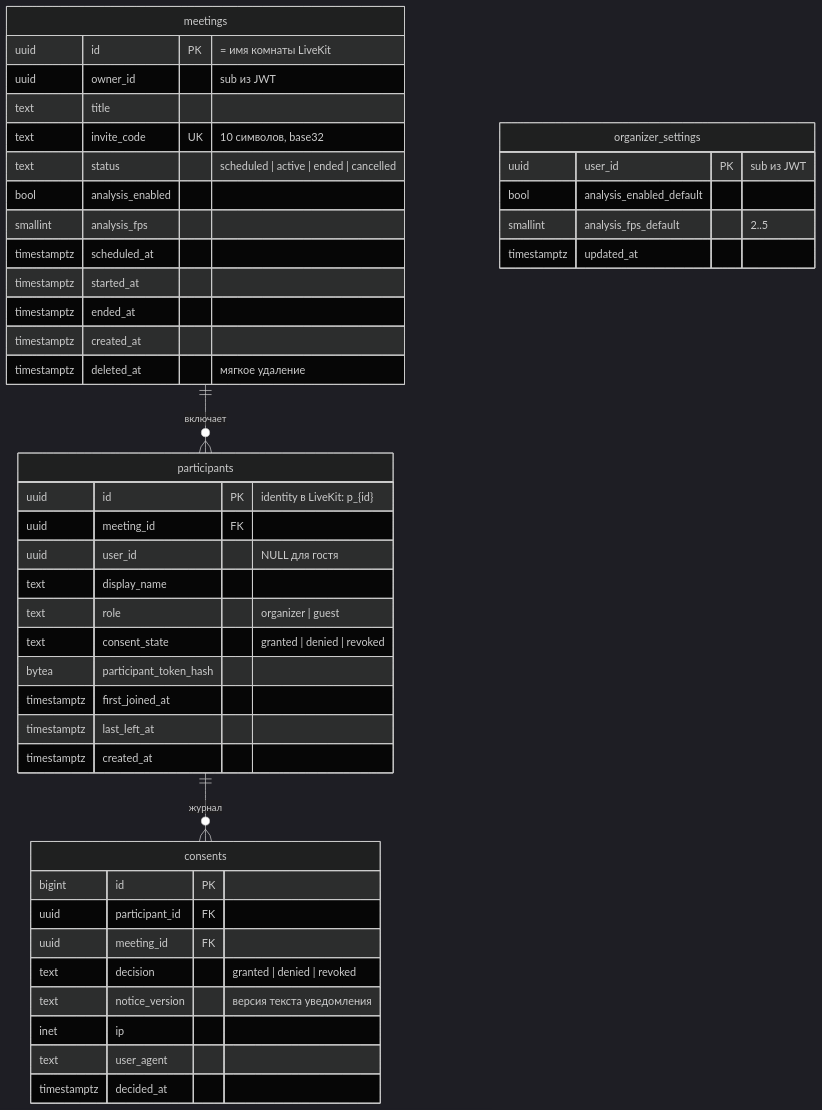
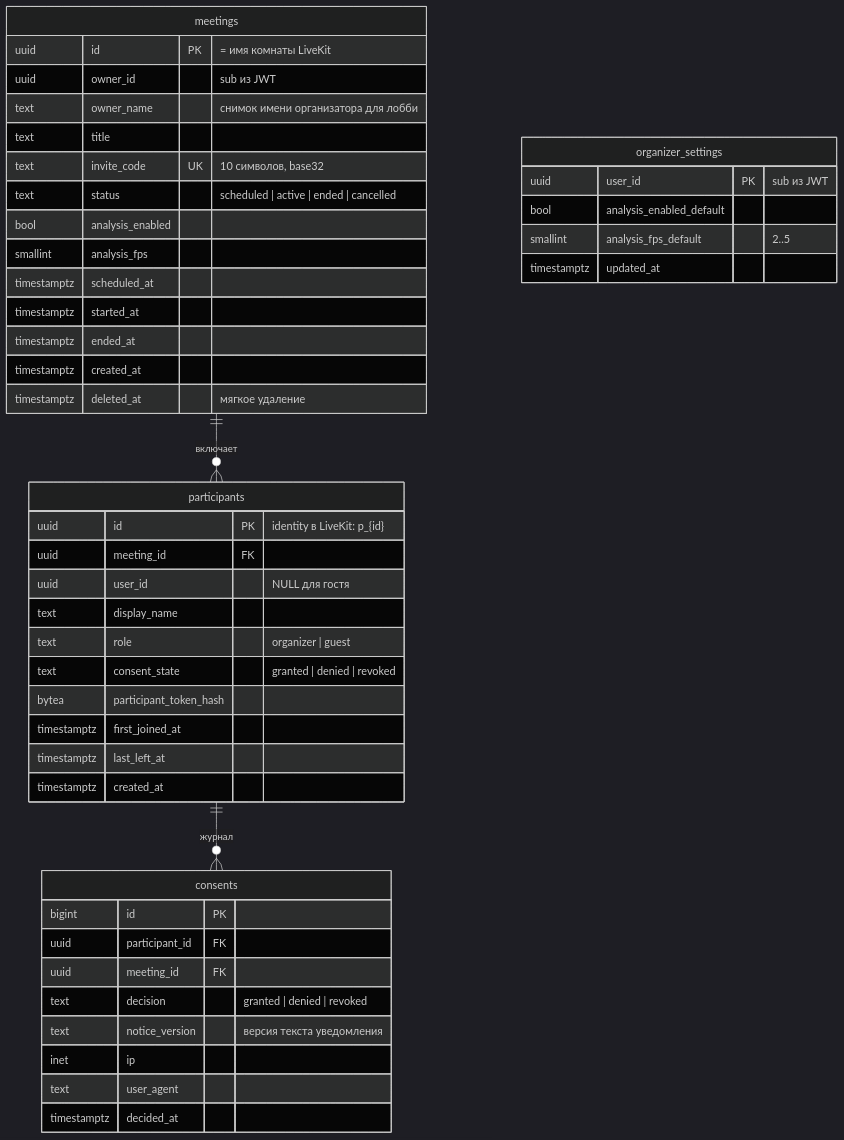
One commit to lae001/ReactiVKS changed the second of 4 diagrams in docs/architecture/04-data-model.md. Above: the diagram before and after it, drawn with Mermaid (dark theme). The commit also changed 21 other files, not shown here.

First line of the commit message:
feat(meeting): схема meeting – встречи, участники, журнал согласий (EMO-51)

````diff
--- a/docs/architecture/04-data-model.md
+++ b/docs/architecture/04-data-model.md
@@ -41,47 +41,48 @@
 ```mermaid
 erDiagram
     meetings ||--o{ participants : "включает"
     participants ||--o{ consents : "журнал"
     organizer_settings {
         uuid user_id PK "sub из JWT"
         bool analysis_enabled_default
         smallint analysis_fps_default "2..5"
         timestamptz updated_at
     }
     meetings {
         uuid id PK "= имя комнаты LiveKit"
         uuid owner_id "sub из JWT"
+        text owner_name "снимок имени организатора для лобби"
         text title
         text invite_code UK "10 символов, base32"
         text status "scheduled | active | ended | cancelled"
         bool analysis_enabled
         smallint analysis_fps
         timestamptz scheduled_at
         timestamptz started_at
         timestamptz ended_at
         timestamptz created_at
         timestamptz deleted_at "мягкое удаление"
     }
     participants {
         uuid id PK "identity в LiveKit: p_{id}"
         uuid meeting_id FK
         uuid user_id "NULL для гостя"
         text display_name
         text role "organizer | guest"
         text consent_state "granted | denied | revoked"
         bytea participant_token_hash
         timestamptz first_joined_at
         timestamptz last_left_at
         timestamptz created_at
     }
     consents {
         bigint id PK
         uuid participant_id FK
         uuid meeting_id FK
         text decision "granted | denied | revoked"
         text notice_version "версия текста уведомления"
         inet ip
         text user_agent
         timestamptz decided_at
     }
 ```
````
